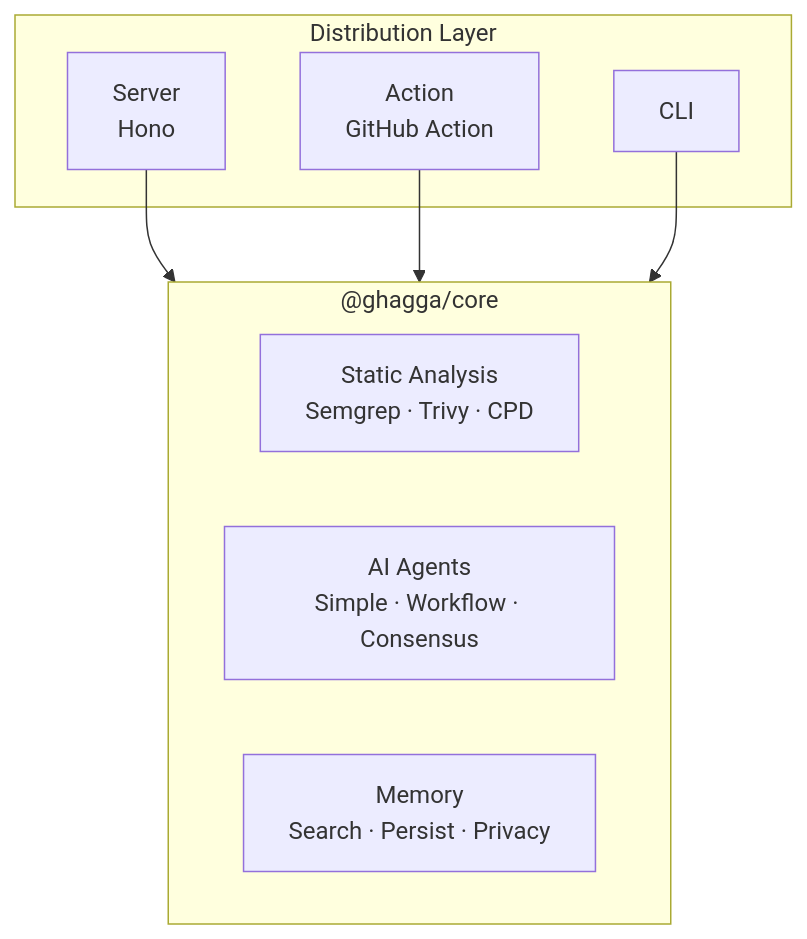
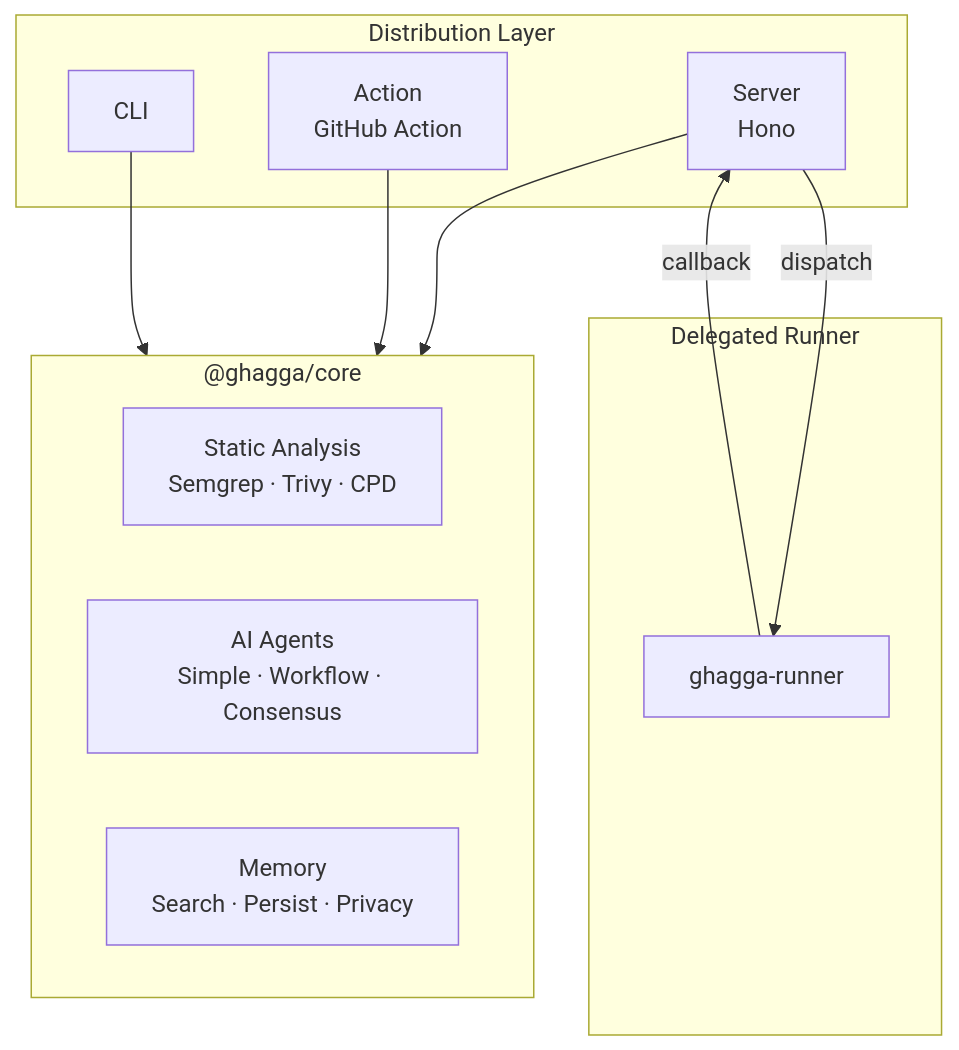
One commit to actions-marketplace-validations/JNZader_ghagga changed the diagram in docs/README.md. Above: the diagram before and after it, drawn with Mermaid. The commit also changed other lines of this file and 15 other files, not shown here.

First line of the commit message:
docs: update all documentation for runner architecture and fix stale stats

````diff
--- a/docs/README.md
+++ b/docs/README.md
@@ -31,18 +32,24 @@
 ```mermaid
 graph TB
   subgraph Distribution["Distribution Layer"]
     Server["Server<br/>Hono"]
     Action["Action<br/>GitHub Action"]
     CLI["CLI"]
   end
 
+  subgraph Runner["Delegated Runner"]
+    RunnerRepo["ghagga-runner"]
+  end
+
   subgraph Core["@ghagga/core"]
     SA["Static Analysis<br/>Semgrep · Trivy · CPD"]
     Agents["AI Agents<br/>Simple · Workflow · Consensus"]
     Memory["Memory<br/>Search · Persist · Privacy"]
   end
 
+  Server -- "dispatch" --> RunnerRepo
+  RunnerRepo -- "callback" --> Server
   Server --> Core
   Action --> Core
   CLI --> Core
 ```
````
